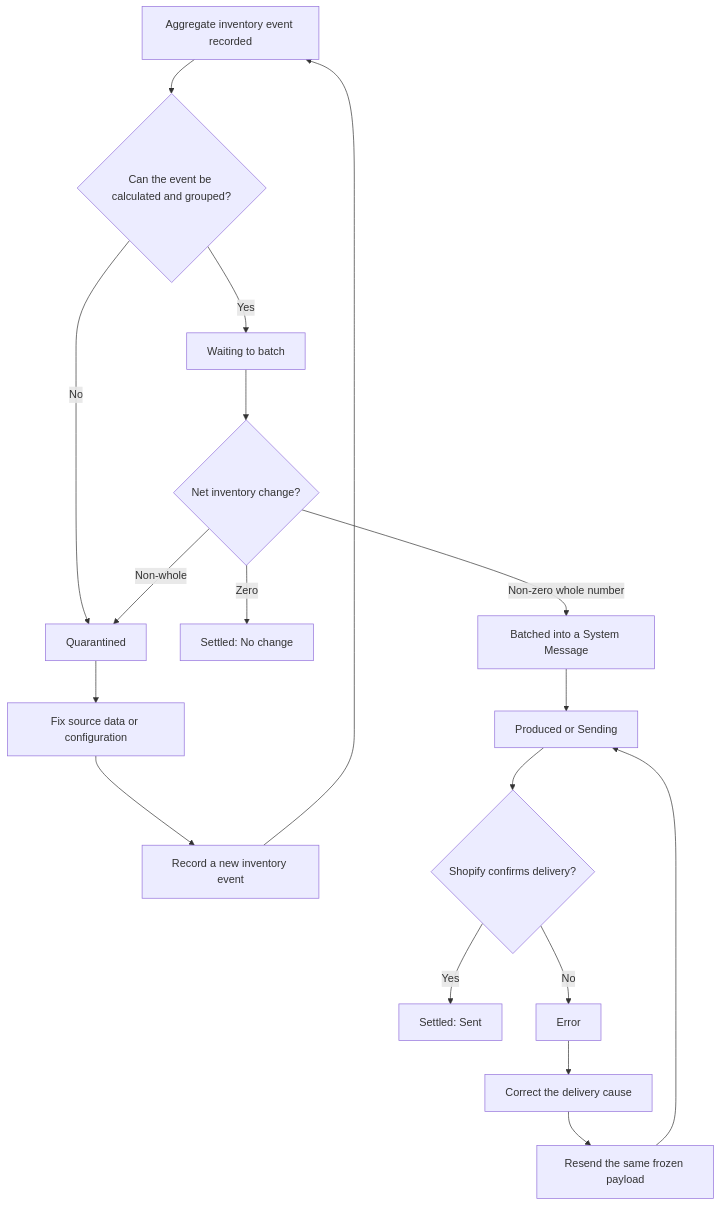
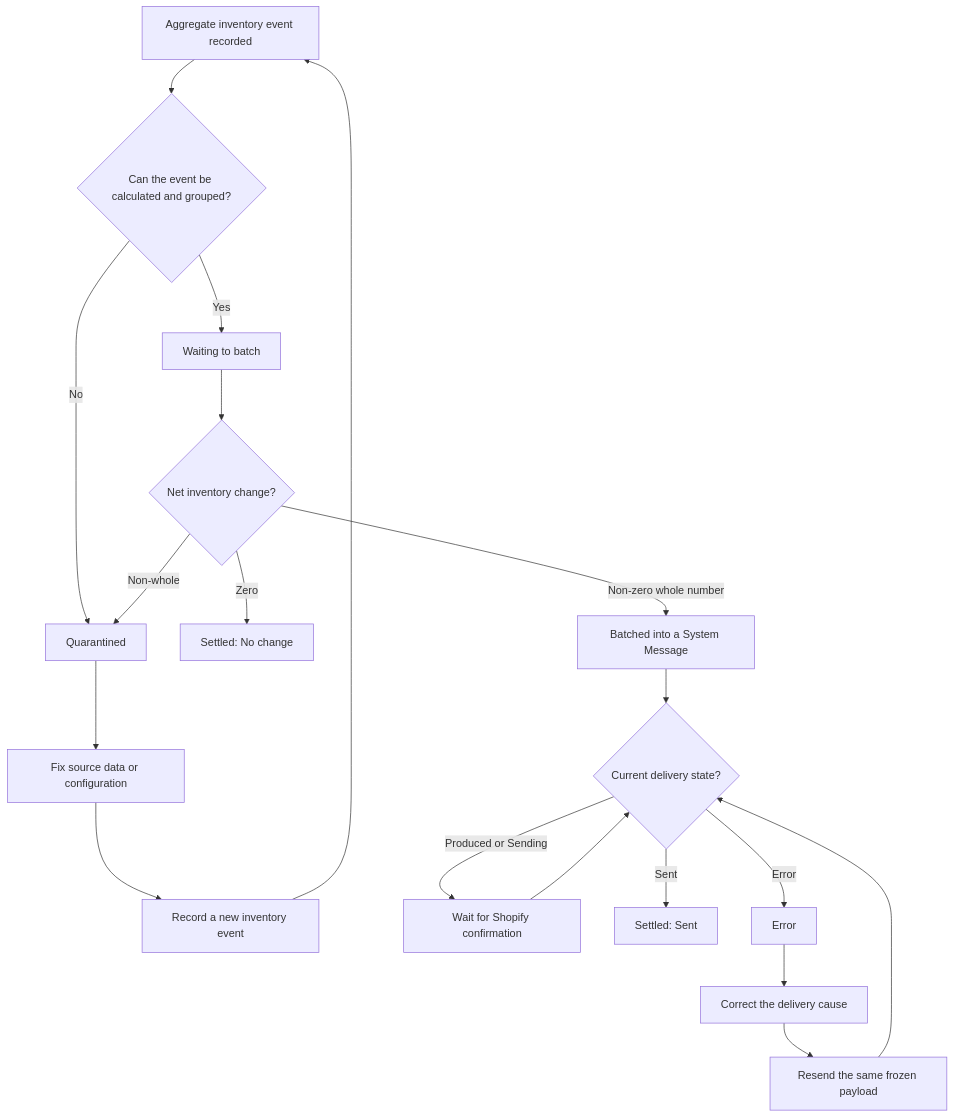
The diagram in documents/system-admin/administration/company/manage-shopify-inventory-sync.md (hotwax/oms-documentation), drawn with Mermaid before and after one commit.

Commit message:
docs: distinguish pending and failed inventory delivery

````diff
--- a/documents/system-admin/administration/company/manage-shopify-inventory-sync.md
+++ b/documents/system-admin/administration/company/manage-shopify-inventory-sync.md
@@ -292,20 +292,21 @@
 ```mermaid
 flowchart TD
     event["Aggregate inventory event recorded"] --> valid{"Can the event be calculated and grouped?"}
     valid -- "No" --> quarantined["Quarantined"]
     quarantined --> fixSource["Fix source data or configuration"]
     fixSource --> newEvent["Record a new inventory event"]
     newEvent --> event
     valid -- "Yes" --> waiting["Waiting to batch"]
     waiting --> change{"Net inventory change?"}
     change -- "Zero" --> noChange["Settled: No change"]
     change -- "Non-whole" --> quarantined
     change -- "Non-zero whole number" --> batched["Batched into a System Message"]
-    batched --> delivery["Produced or Sending"]
-    delivery --> confirmed{"Shopify confirms delivery?"}
-    confirmed -- "Yes" --> sent["Settled: Sent"]
-    confirmed -- "No" --> error["Error"]
+    batched --> delivery{"Current delivery state?"}
+    delivery -- "Produced or Sending" --> wait["Wait for Shopify confirmation"]
+    wait --> delivery
+    delivery -- "Sent" --> sent["Settled: Sent"]
+    delivery -- "Error" --> error["Error"]
     error --> fixDelivery["Correct the delivery cause"]
     fixDelivery --> resend["Resend the same frozen payload"]
     resend --> delivery
 ```
````
